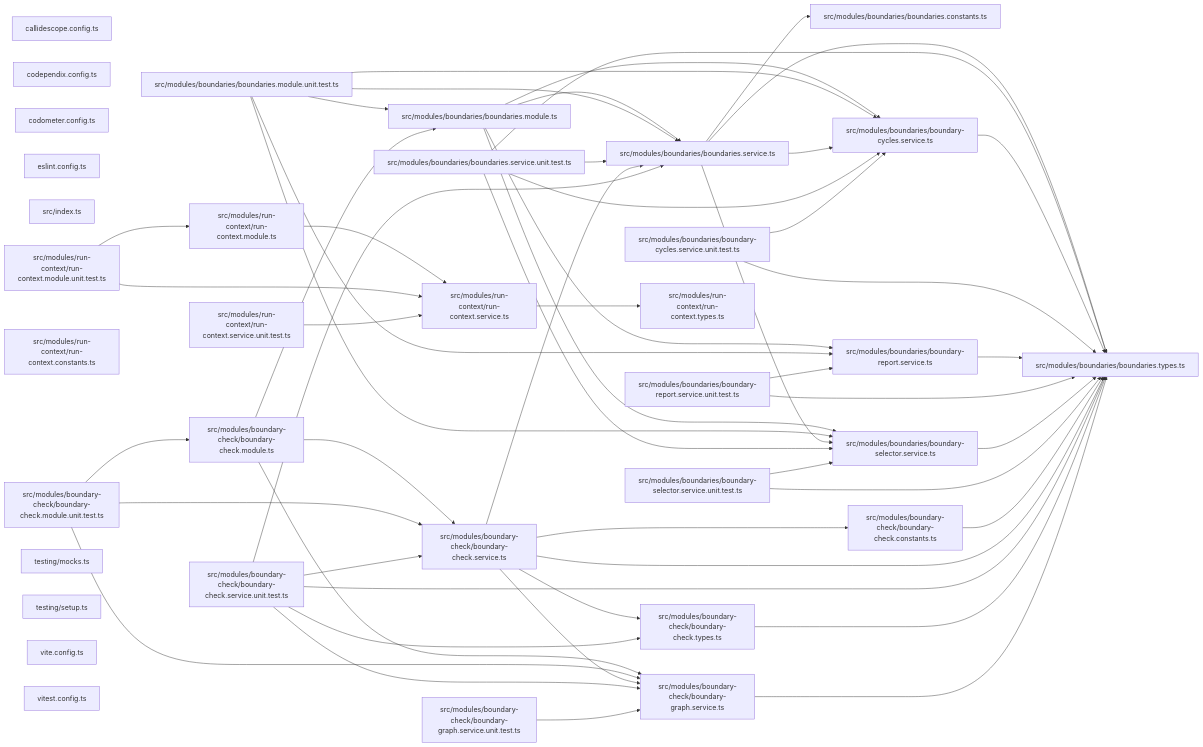
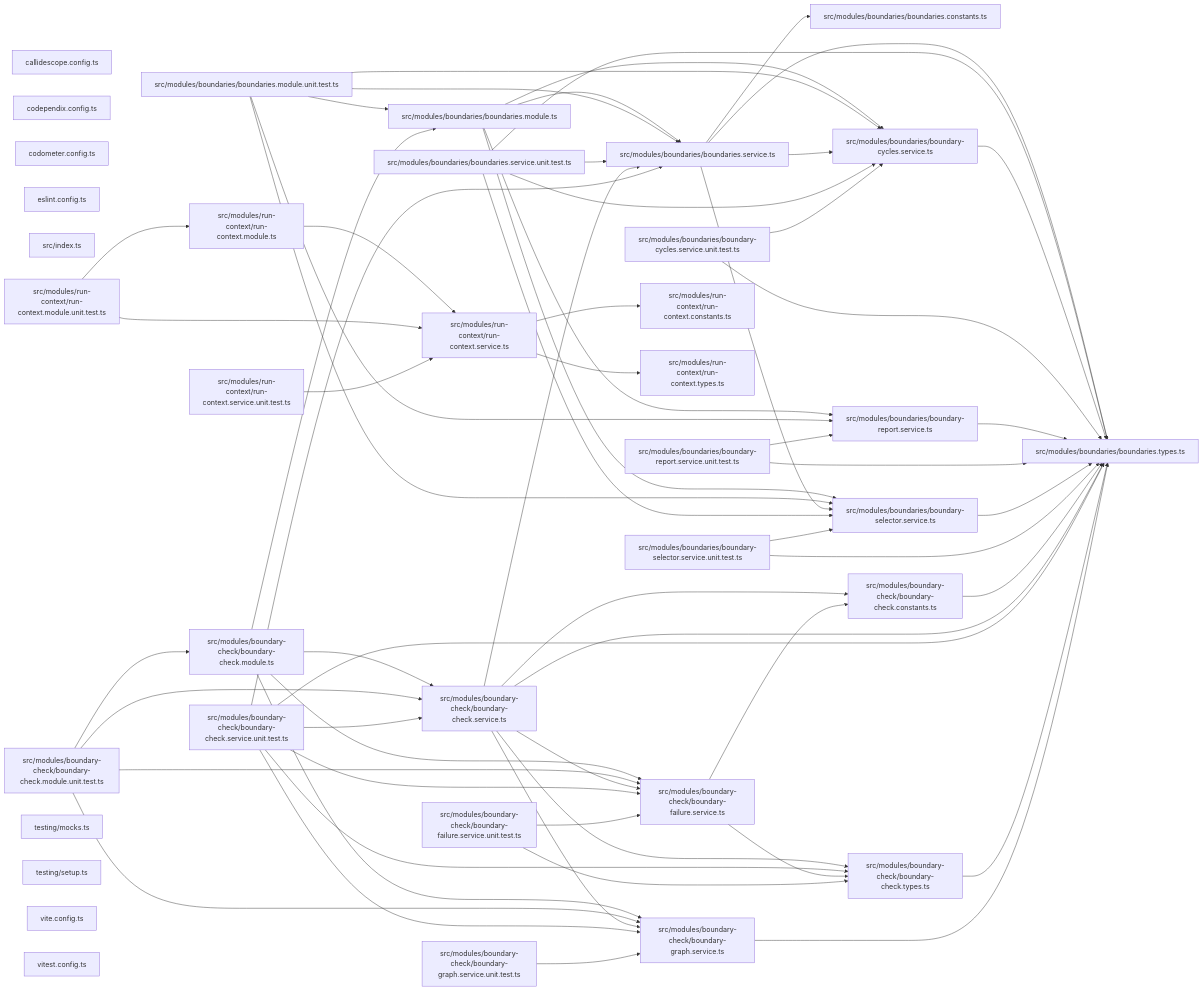
Before and after one commit to Organizzolini/codebase: the third of 3 diagrams in packages/ic-suite/codependix/codependix-boundaries/README.md, drawn with Mermaid. The commit also changed other lines of this file and 38 other files, not shown here.

````diff
--- a/packages/ic-suite/codependix/codependix-boundaries/README.md
+++ b/packages/ic-suite/codependix/codependix-boundaries/README.md
@@ -233,6 +234,8 @@
   file_src_modules_boundary_check_boundary_check_service_ts["src/modules/boundary-check/boundary-check.service.ts"]
   file_src_modules_boundary_check_boundary_check_service_unit_test_ts["src/modules/boundary-check/boundary-check.service.unit.test.ts"]
   file_src_modules_boundary_check_boundary_check_types_ts["src/modules/boundary-check/boundary-check.types.ts"]
+  file_src_modules_boundary_check_boundary_failure_service_ts["src/modules/boundary-check/boundary-failure.service.ts"]
+  file_src_modules_boundary_check_boundary_failure_service_unit_test_ts["src/modules/boundary-check/boundary-failure.service.unit.test.ts"]
   file_src_modules_boundary_check_boundary_graph_service_ts["src/modules/boundary-check/boundary-graph.service.ts"]
   file_src_modules_boundary_check_boundary_graph_service_unit_test_ts["src/modules/boundary-check/boundary-graph.service.unit.test.ts"]
   file_src_modules_run_context_run_context_constants_ts["src/modules/run-context/run-context.constants.ts"]
@@ -274,26 +277,35 @@
   file_src_modules_boundary_check_boundary_check_constants_ts --> file_src_modules_boundaries_boundaries_types_ts
   file_src_modules_boundary_check_boundary_check_module_ts --> file_src_modules_boundaries_boundaries_module_ts
   file_src_modules_boundary_check_boundary_check_module_ts --> file_src_modules_boundary_check_boundary_check_service_ts
+  file_src_modules_boundary_check_boundary_check_module_ts --> file_src_modules_boundary_check_boundary_failure_service_ts
   file_src_modules_boundary_check_boundary_check_module_ts --> file_src_modules_boundary_check_boundary_graph_service_ts
   file_src_modules_boundary_check_boundary_check_module_unit_test_ts --> file_src_modules_boundary_check_boundary_check_module_ts
   file_src_modules_boundary_check_boundary_check_module_unit_test_ts --> file_src_modules_boundary_check_boundary_check_service_ts
+  file_src_modules_boundary_check_boundary_check_module_unit_test_ts --> file_src_modules_boundary_check_boundary_failure_service_ts
   file_src_modules_boundary_check_boundary_check_module_unit_test_ts --> file_src_modules_boundary_check_boundary_graph_service_ts
   file_src_modules_boundary_check_boundary_check_service_ts --> file_src_modules_boundaries_boundaries_service_ts
   file_src_modules_boundary_check_boundary_check_service_ts --> file_src_modules_boundaries_boundaries_types_ts
   file_src_modules_boundary_check_boundary_check_service_ts --> file_src_modules_boundary_check_boundary_check_constants_ts
   file_src_modules_boundary_check_boundary_check_service_ts --> file_src_modules_boundary_check_boundary_check_types_ts
+  file_src_modules_boundary_check_boundary_check_service_ts --> file_src_modules_boundary_check_boundary_failure_service_ts
   file_src_modules_boundary_check_boundary_check_service_ts --> file_src_modules_boundary_check_boundary_graph_service_ts
   file_src_modules_boundary_check_boundary_check_service_unit_test_ts --> file_src_modules_boundaries_boundaries_service_ts
   file_src_modules_boundary_check_boundary_check_service_unit_test_ts --> file_src_modules_boundaries_boundaries_types_ts
   file_src_modules_boundary_check_boundary_check_service_unit_test_ts --> file_src_modules_boundary_check_boundary_check_service_ts
   file_src_modules_boundary_check_boundary_check_service_unit_test_ts --> file_src_modules_boundary_check_boundary_check_types_ts
+  file_src_modules_boundary_check_boundary_check_service_unit_test_ts --> file_src_modules_boundary_check_boundary_failure_service_ts
   file_src_modules_boundary_check_boundary_check_service_unit_test_ts --> file_src_modules_boundary_check_boundary_graph_service_ts
   file_src_modules_boundary_check_boundary_check_types_ts --> file_src_modules_boundaries_boundaries_types_ts
+  file_src_modules_boundary_check_boundary_failure_service_ts --> file_src_modules_boundary_check_boundary_check_constants_ts
+  file_src_modules_boundary_check_boundary_failure_service_ts --> file_src_modules_boundary_check_boundary_check_types_ts
+  file_src_modules_boundary_check_boundary_failure_service_unit_test_ts --> file_src_modules_boundary_check_boundary_check_types_ts
+  file_src_modules_boundary_check_boundary_failure_service_unit_test_ts --> file_src_modules_boundary_check_boundary_failure_service_ts
   file_src_modules_boundary_check_boundary_graph_service_ts --> file_src_modules_boundaries_boundaries_types_ts
   file_src_modules_boundary_check_boundary_graph_service_unit_test_ts --> file_src_modules_boundary_check_boundary_graph_service_ts
   file_src_modules_run_context_run_context_module_ts --> file_src_modules_run_context_run_context_service_ts
   file_src_modules_run_context_run_context_module_unit_test_ts --> file_src_modules_run_context_run_context_module_ts
   file_src_modules_run_context_run_context_module_unit_test_ts --> file_src_modules_run_context_run_context_service_ts
+  file_src_modules_run_context_run_context_service_ts --> file_src_modules_run_context_run_context_constants_ts
   file_src_modules_run_context_run_context_service_ts --> file_src_modules_run_context_run_context_types_ts
   file_src_modules_run_context_run_context_service_unit_test_ts --> file_src_modules_run_context_run_context_service_ts
 ```
````
